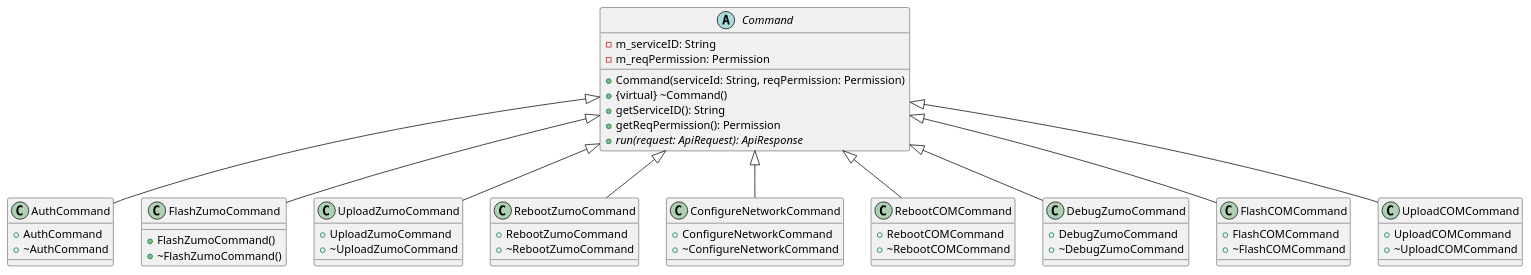
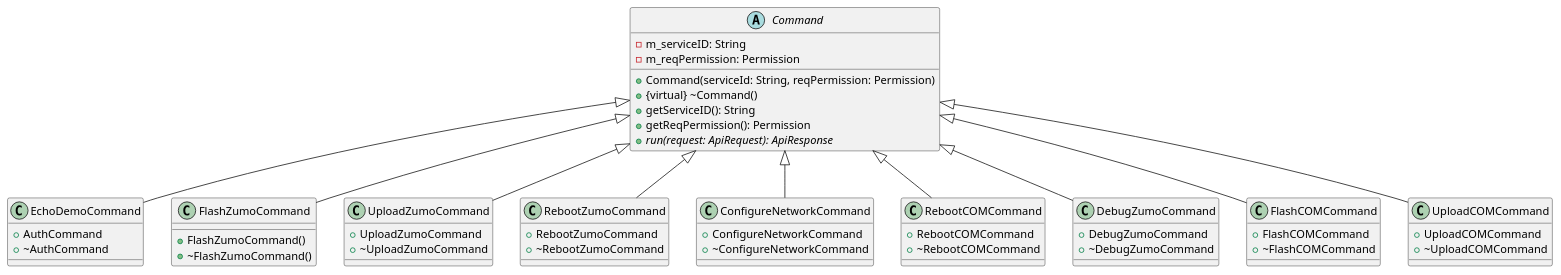
The diagram in doc/design/server/ClassDiagrams/03_Commands.plantuml (NewTec-GmbH/ZumoComSystem), drawn with PlantUML before and after one commit. The commit also changed 30 other files, not shown here.

```diff
--- a/doc/design/server/ClassDiagrams/03_Commands.plantuml
+++ b/doc/design/server/ClassDiagrams/03_Commands.plantuml
@@ -1,77 +1,77 @@
 @startuml
 
 abstract class Command
 {
     - m_serviceID: String
     - m_reqPermission: Permission
     + Command(serviceId: String, reqPermission: Permission)
     + {virtual} ~Command()
     + getServiceID(): String
     + getReqPermission(): Permission
     + {abstract} run(request: ApiRequest): ApiResponse
 }
 
-class AuthCommand
+class EchoDemoCommand
 {
     + AuthCommand
     + ~AuthCommand
 }
-Command <|-down-AuthCommand
+Command <|-down-EchoDemoCommand
 
 class FlashZumoCommand
 {
     + FlashZumoCommand()
     + ~FlashZumoCommand()
 }
 Command <|-down-FlashZumoCommand
 
 class UploadZumoCommand
 {
     + UploadZumoCommand
     + ~UploadZumoCommand
 }
 Command <|-down-UploadZumoCommand
 
 class RebootZumoCommand
 {
     + RebootZumoCommand
     + ~RebootZumoCommand
 
 }
 Command <|-down-RebootZumoCommand
 
 class ConfigureNetworkCommand
 {
     + ConfigureNetworkCommand
     + ~ConfigureNetworkCommand
 }
 Command <|-down-ConfigureNetworkCommand
 
 class RebootCOMCommand
 {
     + RebootCOMCommand
     + ~RebootCOMCommand
 }
 Command <|-down-RebootCOMCommand
 
 class DebugZumoCommand
 {
     + DebugZumoCommand
     + ~DebugZumoCommand
 }
 Command <|-down-DebugZumoCommand
 
 class FlashCOMCommand
 {
     + FlashCOMCommand
     + ~FlashCOMCommand
 }
 Command <|-down-FlashCOMCommand
 
 class UploadCOMCommand
 {
     + UploadCOMCommand
     + ~UploadCOMCommand
 }
 Command <|-down-UploadCOMCommand
 @enduml
```
